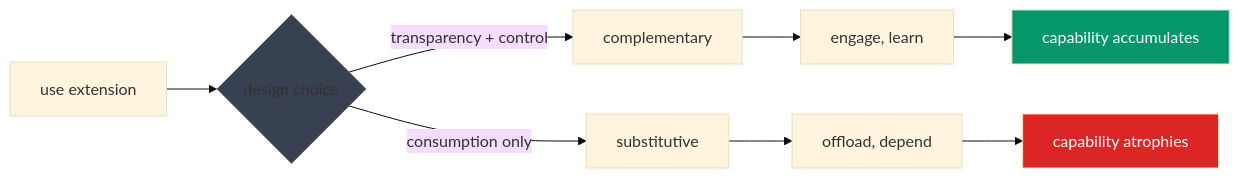
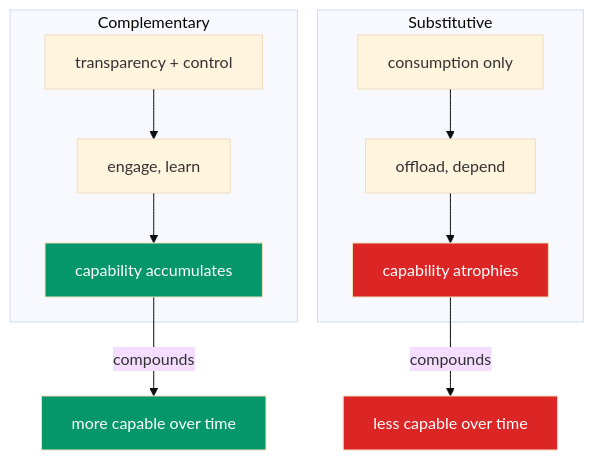
One commit to yzavyas/claude-1337 changed the first of 2 diagrams in experience/content/explore/explanation/ethos/index.md. Above: the diagram before and after it, drawn with Mermaid (base theme). The commit also changed other lines of this file and 1 other file, not shown here.

````diff
--- a/experience/content/explore/explanation/ethos/index.md
+++ b/experience/content/explore/explanation/ethos/index.md
@@ -19,14 +30,20 @@
 ```mermaid
-flowchart LR
-    U[use extension] --> D{design choice}
-    D -->|transparency + control| C[complementary]
-    D -->|consumption only| S[substitutive]
-    C --> A1[engage, learn]
-    S --> A2[offload, depend]
-    A1 --> O1[capability accumulates]
-    A2 --> O2[capability atrophies]
+flowchart TD
+    subgraph Complementary
+        C1[transparency + control] --> C2[engage, learn]
+        C2 --> C3[capability accumulates]
+    end
 
-    style D fill:#374151,stroke:#6b7280
-    style O1 fill:#059669,color:#fff
-    style O2 fill:#dc2626,color:#fff
+    subgraph Substitutive
+        S1[consumption only] --> S2[offload, depend]
+        S2 --> S3[capability atrophies]
+    end
+
+    C3 --> |compounds| C4[more capable over time]
+    S3 --> |compounds| S4[less capable over time]
+
+    style C3 fill:#059669,color:#fff
+    style C4 fill:#059669,color:#fff
+    style S3 fill:#dc2626,color:#fff
+    style S4 fill:#dc2626,color:#fff
 ```
````
